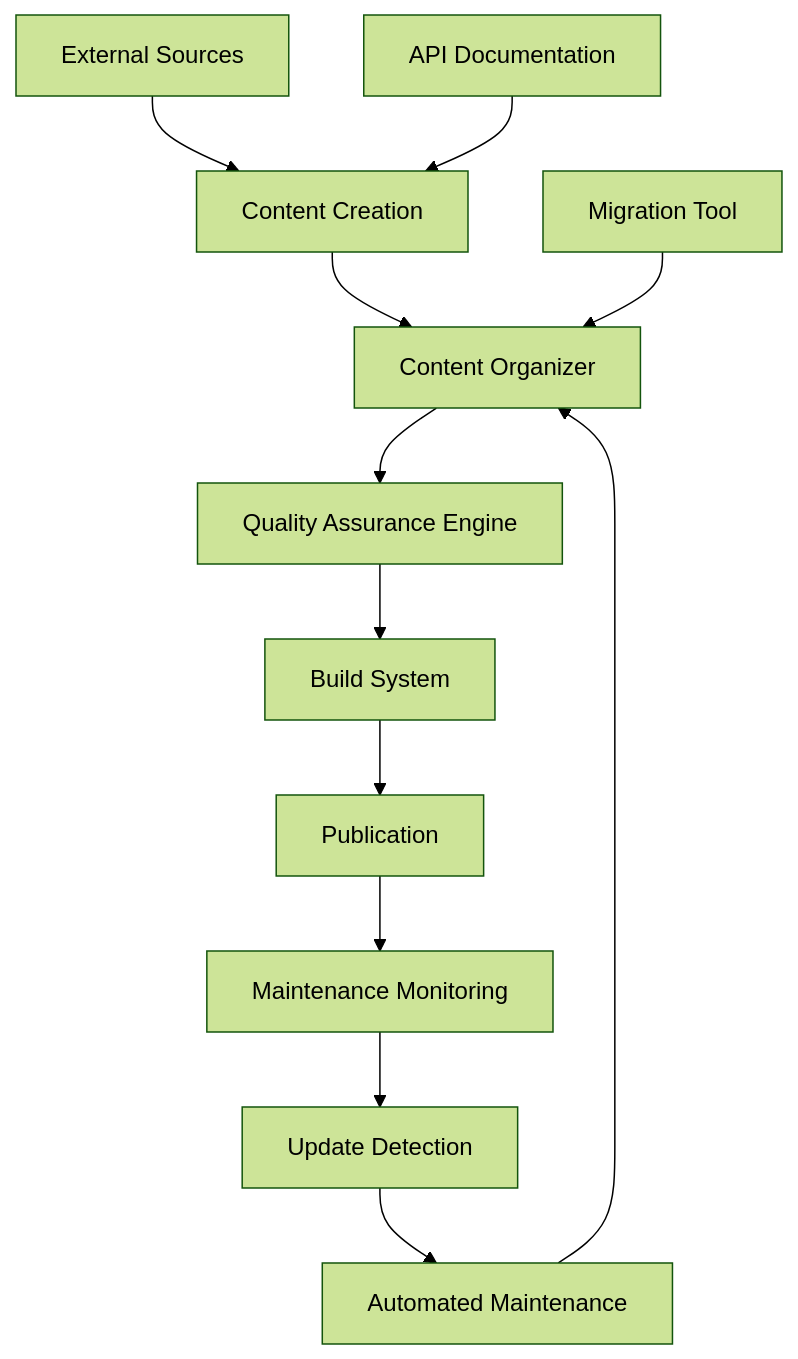
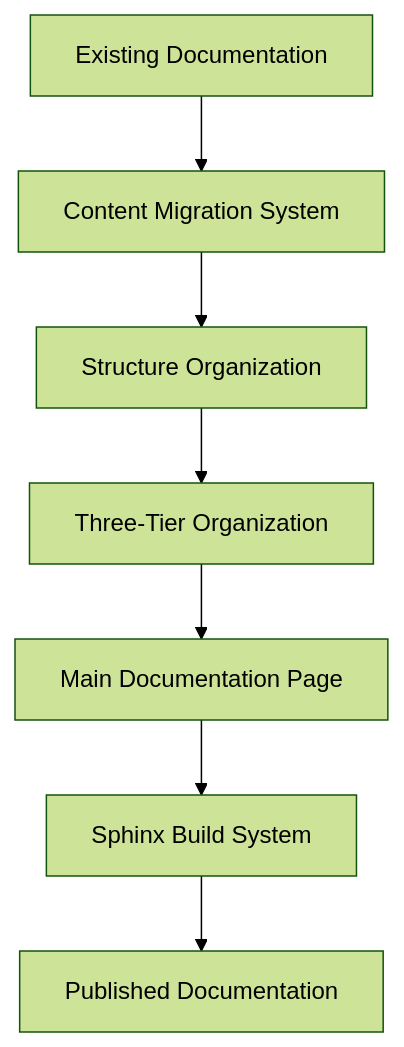
The diagram in docs/_source/architecture/ai_documentation_manager.rst (NadimGhaznavi/ai_hydra), drawn with Mermaid (forest theme) before and after one commit. The commit also changed other lines of this file and 4 other files, not shown here.

```diff
--- a/docs/_source/architecture/ai_documentation_manager.rst
+++ b/docs/_source/architecture/ai_documentation_manager.rst
@@ -137,15 +114,9 @@
 .. mermaid::
 
    graph TD
-       A[Content Creation] --> B[Content Organizer]
-       B --> C[Quality Assurance Engine]
-       C --> D[Build System]
-       D --> E[Publication]
-       E --> F[Maintenance Monitoring]
-       F --> G[Update Detection]
-       G --> H[Automated Maintenance]
-       H --> B
-       
-       I[Migration Tool] --> B
-       J[External Sources] --> A
-       K[API Documentation] --> A
+       A[Existing Documentation] --> B[Content Migration System]
+       B --> C[Structure Organization]
+       C --> D[Three-Tier Organization]
+       D --> E[Main Documentation Page]
+       E --> F[Sphinx Build System]
+       F --> G[Published Documentation]
```
